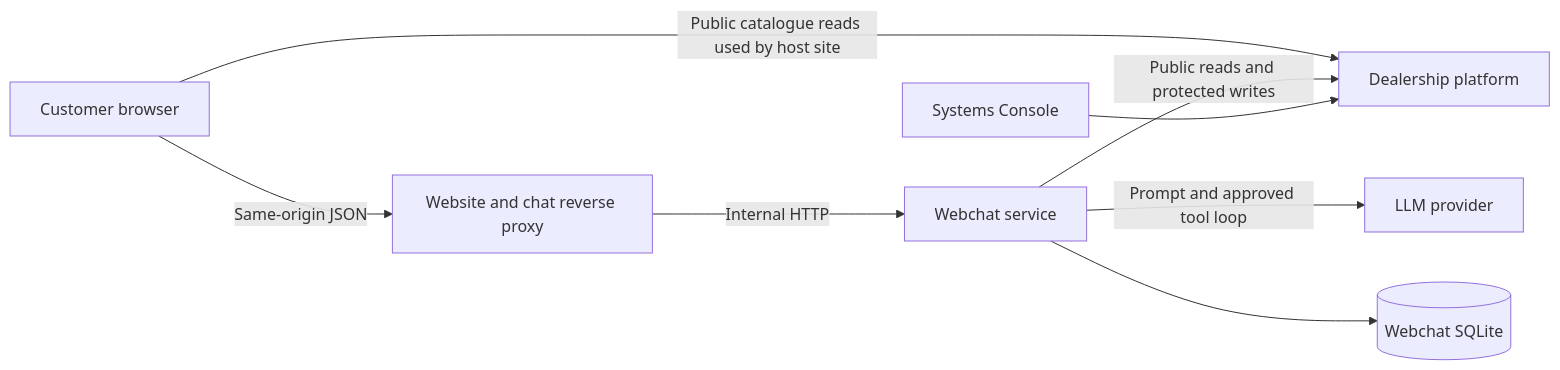
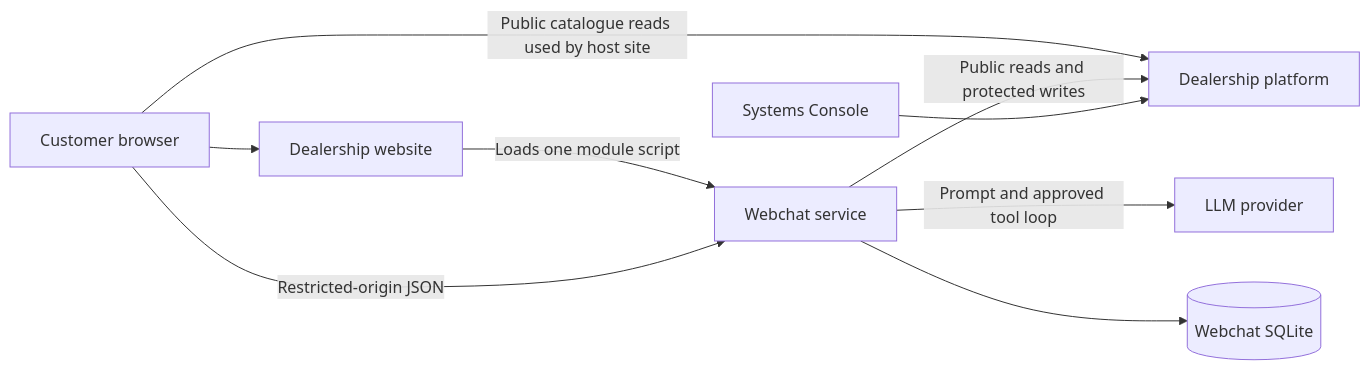
The first of 3 diagrams in docs/HLD.md (rohitsingh30/northstar-motors-webchat-assignment), drawn with Mermaid before and after one commit. The commit also changed other lines of this file and 88 other files, not shown here.

````diff
--- a/docs/HLD.md
+++ b/docs/HLD.md
@@ -27,10 +27,11 @@
 ```mermaid
 flowchart LR
-    C[Customer browser] -->|Same-origin JSON| H[Website and chat reverse proxy]
-    H -->|Internal HTTP| W[Webchat service]
+    H[Dealership website] -->|Loads one module script| W[Webchat service]
+    C[Customer browser] --> H
+    C -->|Restricted-origin JSON| W
     C -->|Public catalogue reads used by host site| D[Dealership platform]
     W -->|Public reads and protected writes| D
     W -->|Prompt and approved tool loop| L[LLM provider]
     W --> S[(Webchat SQLite)]
     A[Systems Console] --> D
 ```
````
